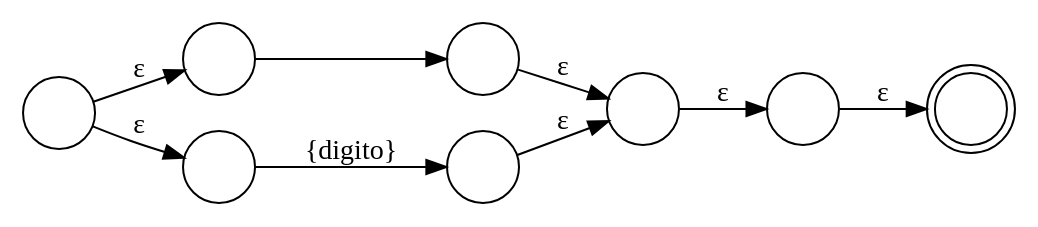
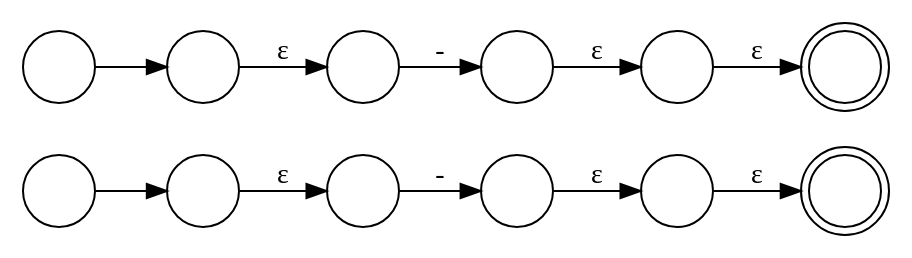
Before and after one commit to GAQF202/OLC1-PROYECTO1-201904157: the diagram in AFND_20190157/hola.dot, drawn with Graphviz. The commit also changed 45 other files, not shown here.

```diff
--- a/AFND_20190157/hola.dot
+++ b/AFND_20190157/hola.dot
@@ -1,15 +1,18 @@
 digraph G{
 rankdir=LR
 node[shape=circle]
 size="15"
-5158[label=""]5159[label=""]5158 -> 5159 [label=ε]
-5159[shape = doublecircle];
-5160[label=""]5161[label=""]5160 -> 5161 [label="\n"]
-5162[label=""]5163[label=""]5162 -> 5163 [label="\{digito\}"]
-5164[label=""]5165[label=""]5164 -> 5162 [label=ε]
-5164 -> 5160 [label=ε]
-5163 -> 5165 [label=ε]
-5161 -> 5165 [label=ε]
-5165 -> 5158 [label=ε]
+0[label=""]1[label=""]0 -> 1 [label=ε]
+1[shape = doublecircle];
+2[label=""]3[label=""]2 -> 3 [label="-"]
+4[label=""]5[label=""]4 -> 5 [label="\n"]
+5 -> 2 [label=ε]
+3 -> 0 [label=ε]
+6[label=""]7[label=""]6 -> 7 [label=ε]
+7[shape = doublecircle];
+8[label=""]9[label=""]8 -> 9 [label="-"]
+10[label=""]11[label=""]10 -> 11 [label="\n"]
+11 -> 8 [label=ε]
+9 -> 6 [label=ε]
 
 }
```
